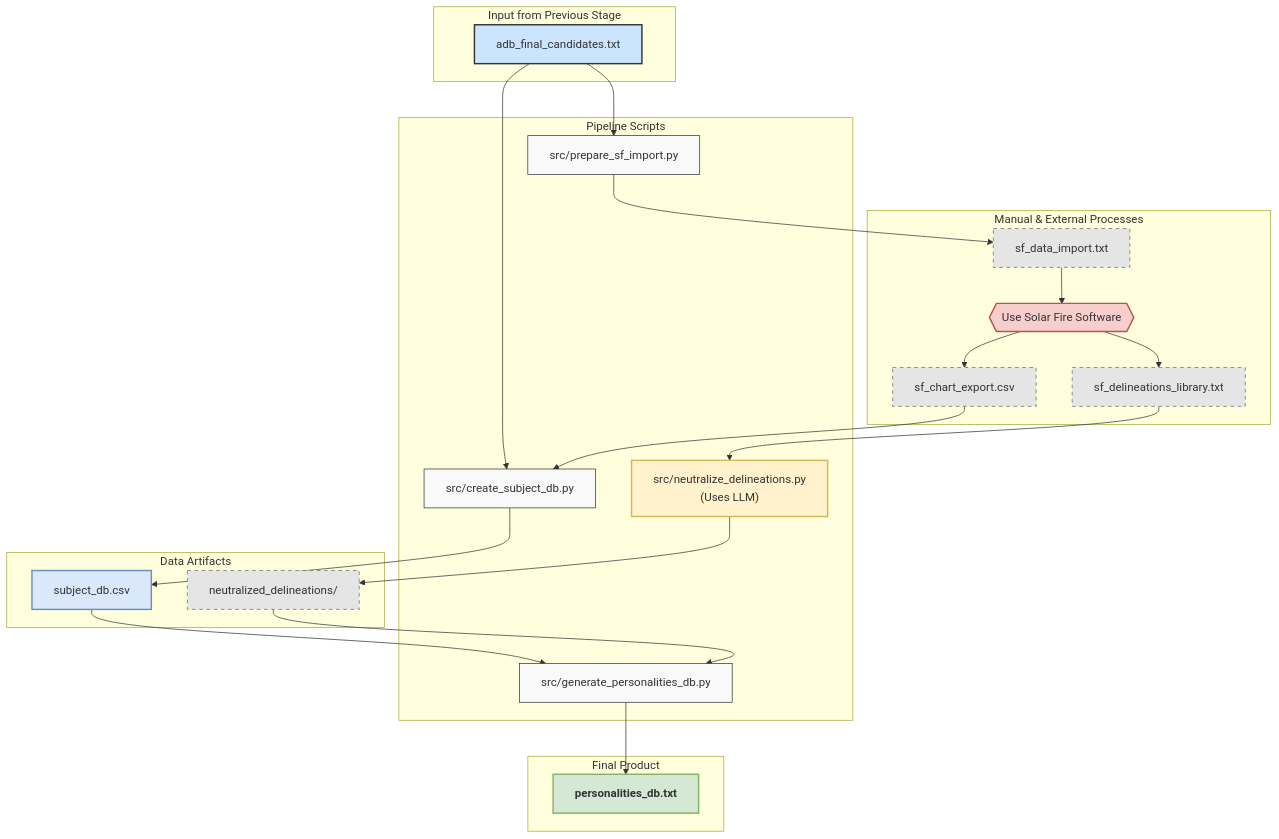
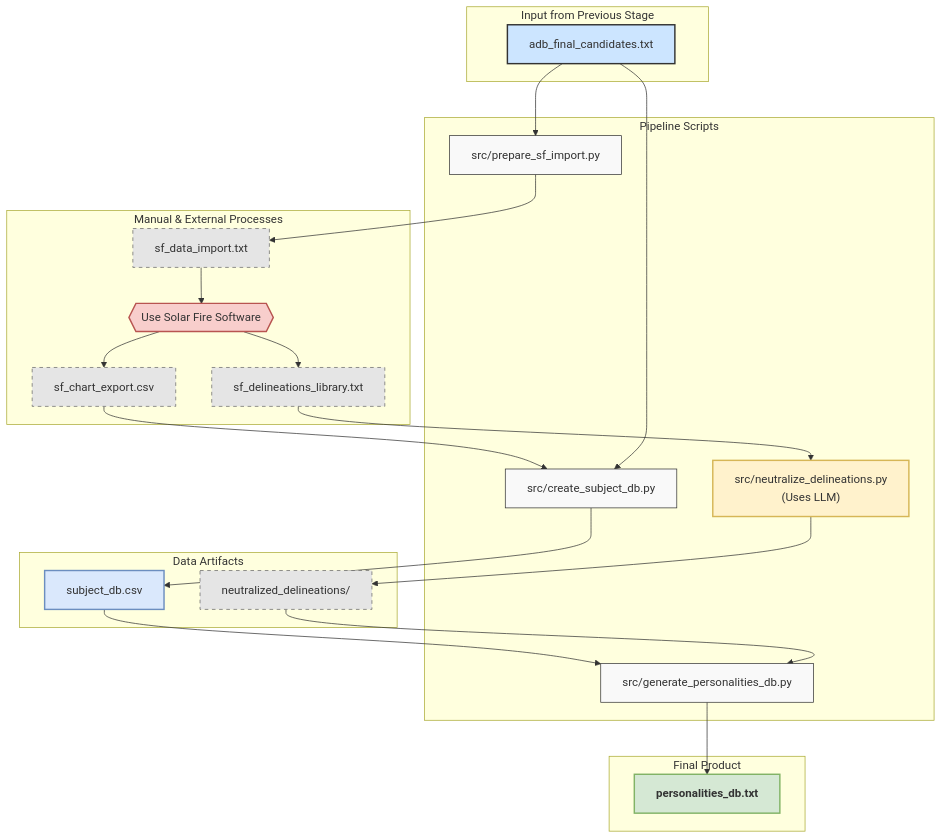
The diagram in docs/diagrams/flow_prep_3_generation.mmd (peterjmarko/llm-narrative-framework), drawn with Mermaid before and after one commit. The commit also changed other lines of this file and 12 other files, not shown here.

```diff
--- a/docs/diagrams/flow_prep_3_generation.mmd
+++ b/docs/diagrams/flow_prep_3_generation.mmd
@@ -1,48 +1,48 @@
 graph TD
     classDef process fill:#f9f9f9,stroke:#333,stroke-width:1px
     classDef artifact fill:#e5e5e5,stroke:#666,stroke-width:1px,stroke-dasharray: 5 5
     classDef source fill:#cce5ff,stroke:#333,stroke-width:2px
     classDef finalProduct fill:#d5e8d4,stroke:#82b366,stroke-width:2px,font-weight:bold
     classDef manualStyle fill:#f8cecc,stroke:#b85450,stroke-width:2px
     classDef llmProcess fill:#fff2cc,stroke:#d6b656,stroke-width:2px
     classDef db fill:#dae8fc,stroke:#6c8ebf,stroke-width:2px
 
     subgraph "Input from Previous Stage"
         final_candidates[adb_final_candidates.txt]:::source
     end
     
     subgraph "Pipeline Scripts"
         prepare_import[src/prepare_sf_import.py]:::process
         neutralize["src/neutralize_delineations.py<br>(Uses LLM)"]:::llmProcess
         create_db[src/create_subject_db.py]:::process
         generate_db[src/generate_personalities_db.py]:::process
     end
 
     subgraph "Manual & External Processes"
         sf_import[sf_data_import.txt]:::artifact --> manual_step{{Use Solar Fire Software}}:::manualStyle
         manual_step --> chart_export[sf_chart_export.csv]:::artifact
         manual_step --> delineations_lib[sf_delineations_library.txt]:::artifact
     end
 
     subgraph "Data Artifacts"
         neutralized_dir[neutralized_delineations/]:::artifact
         subject_db[subject_db.csv]:::db
     end
 
     subgraph "Final Product"
         personalities_db[personalities_db.txt]:::finalProduct
     end
 
     final_candidates --> prepare_import
     prepare_import --> sf_import
 
     delineations_lib --> neutralize
     neutralize --> neutralized_dir
     
+    chart_export --> create_db
     final_candidates --> create_db
-    chart_export --> create_db
     create_db --> subject_db
 
     subject_db --> generate_db
     neutralized_dir --> generate_db
     generate_db --> personalities_db
```
